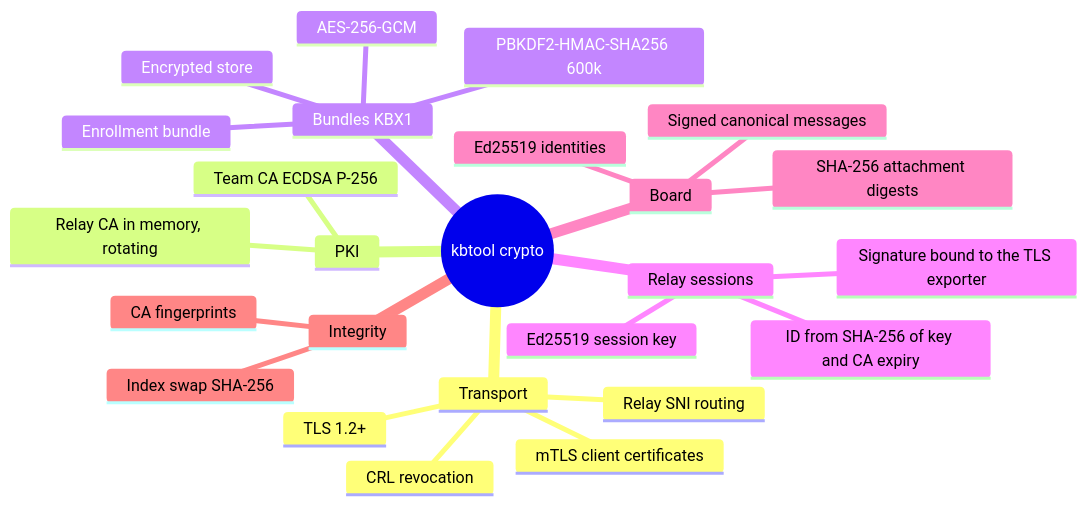
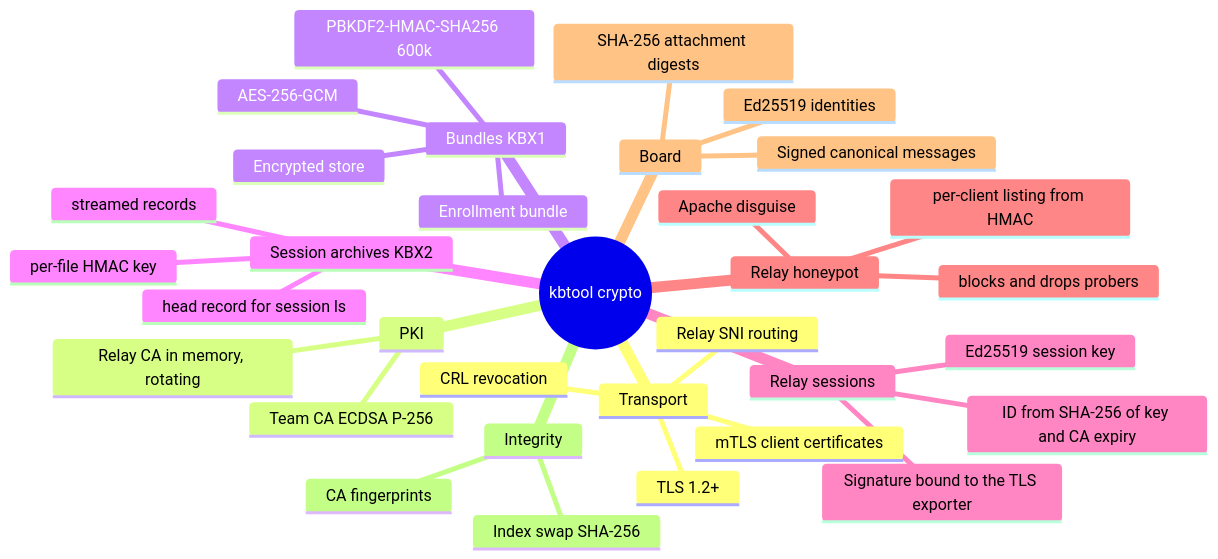
One commit to samrocketman/go-kbtool changed the first of 24 diagrams in docs/cryptography.md. Above: the diagram before and after it, drawn with Mermaid. The commit also changed other lines of this file and 64 other files, not shown here.

````diff
--- a/docs/cryptography.md
+++ b/docs/cryptography.md
@@ -25,28 +28,36 @@
 ```mermaid
 mindmap
   root((kbtool crypto))
     Transport
       TLS 1.2+
       mTLS client certificates
       CRL revocation
       Relay SNI routing
     PKI
       Team CA ECDSA P-256
       Relay CA in memory, rotating
     Bundles KBX1
       PBKDF2-HMAC-SHA256 600k
       AES-256-GCM
       Enrollment bundle
       Encrypted store
+    Session archives KBX2
+      streamed records
+      per-file HMAC key
+      head record for session ls
     Relay sessions
       Ed25519 session key
       ID from SHA-256 of key and CA expiry
       Signature bound to the TLS exporter
+    Relay honeypot
+      Apache disguise
+      per-client listing from HMAC
+      blocks and drops probers
     Board
       Ed25519 identities
       Signed canonical messages
       SHA-256 attachment digests
     Integrity
       Index swap SHA-256
       CA fingerprints
 ```
````
